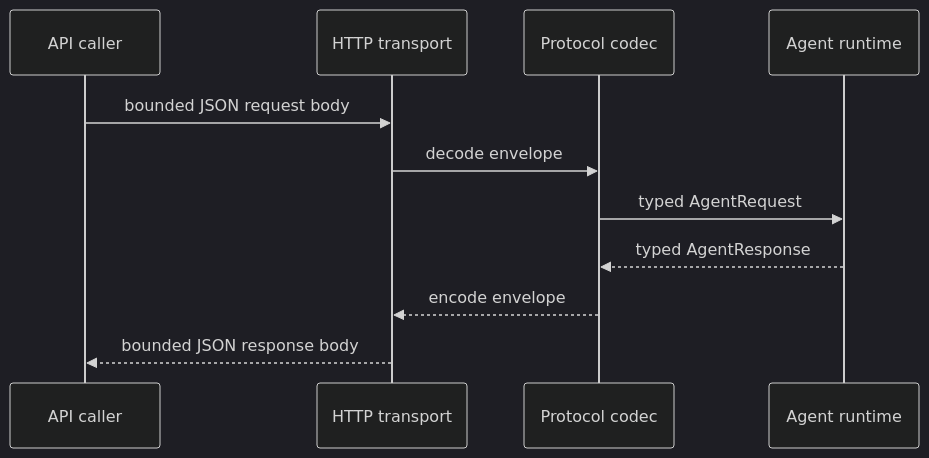
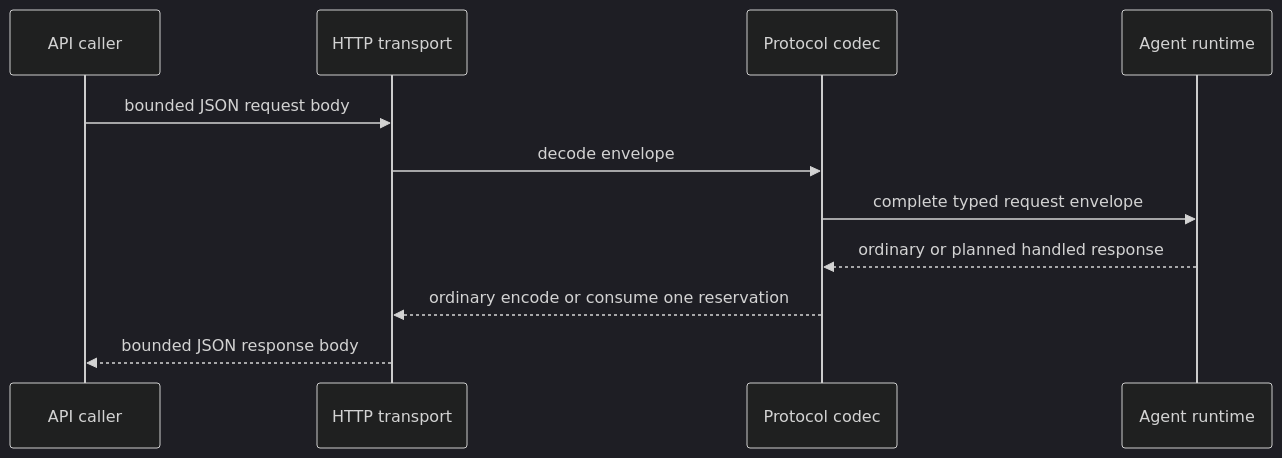
Before and after one commit to 1amageek/Rupa: the second of 2 diagrams in RupaKit/Sources/RupaAgentProtocol/DESIGN.md, drawn with Mermaid (dark theme). The commit also changed other lines of this file and 72 other files, not shown here.

````diff
--- a/RupaKit/Sources/RupaAgentProtocol/DESIGN.md
+++ b/RupaKit/Sources/RupaAgentProtocol/DESIGN.md
@@ -97,13 +105,13 @@
 ```mermaid
 sequenceDiagram
     participant C as API caller
     participant T as HTTP transport
     participant P as Protocol codec
     participant R as Agent runtime
     C->>T: bounded JSON request body
     T->>P: decode envelope
-    P->>R: typed AgentRequest
-    R-->>P: typed AgentResponse
-    P-->>T: encode envelope
+    P->>R: complete typed request envelope
+    R-->>P: ordinary or planned handled response
+    P-->>T: ordinary encode or consume one reservation
     T-->>C: bounded JSON response body
 ```
````
